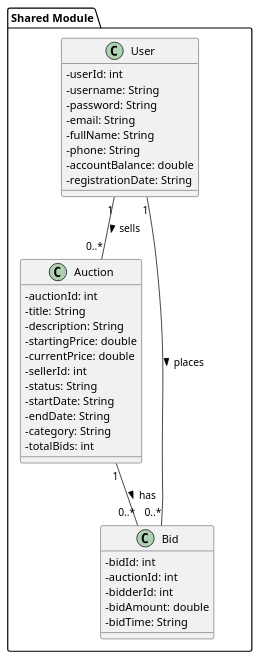
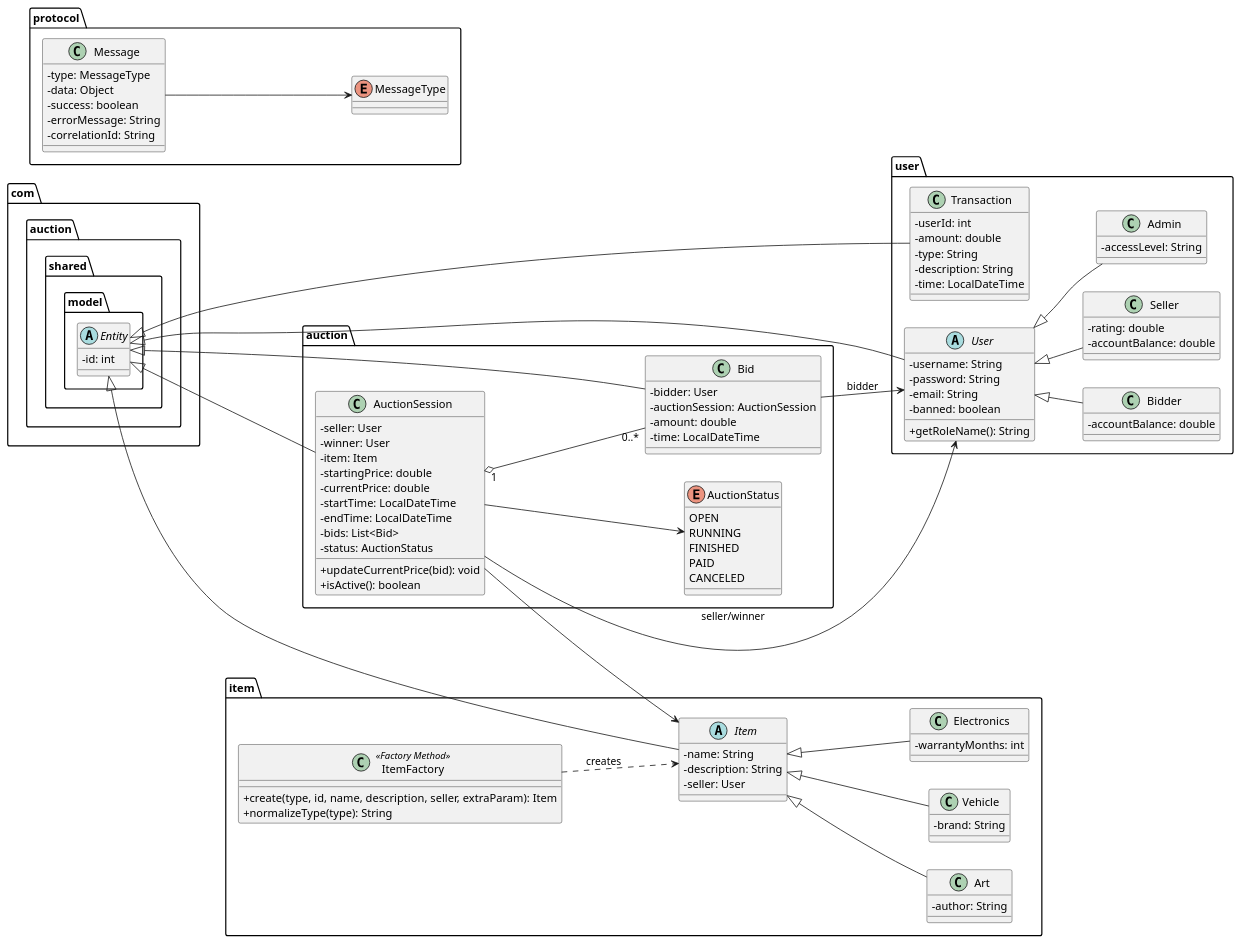
Before and after one commit to duydo11/auction-system-cua-hai-giang-duy-va-beo: the diagram in docs/diagrams/class_shared.puml, drawn with PlantUML. The commit also changed 24 other files, not shown here.

First line of the commit message:
docs: refresh UML diagrams to match current architecture

```diff
--- a/docs/diagrams/class_shared.puml
+++ b/docs/diagrams/class_shared.puml
@@ -1,43 +1,130 @@
 @startuml
-' Class diagram - Shared module
+' Class diagram - Shared module (current codebase)
 skinparam classAttributeIconSize 0
+left to right direction
 
-package "Shared Module" {
-  class User {
-    - userId: int
+package "com.auction.shared.model" {
+  abstract class Entity {
+    - id: int
+  }
+}
+
+package "user" {
+  abstract class User {
     - username: String
     - password: String
     - email: String
-    - fullName: String
-    - phone: String
-    - accountBalance: double
-    - registrationDate: String
+    - banned: boolean
+    + getRoleName(): String
   }
 
-  class Auction {
-    - auctionId: int
-    - title: String
+  class Bidder {
+    - accountBalance: double
+  }
+
+  class Seller {
+    - rating: double
+    - accountBalance: double
+  }
+
+  class Admin {
+    - accessLevel: String
+  }
+
+  class Transaction {
+    - userId: int
+    - amount: double
+    - type: String
     - description: String
+    - time: LocalDateTime
+  }
+}
+
+package "item" {
+  abstract class Item {
+    - name: String
+    - description: String
+    - seller: User
+  }
+
+  class Electronics {
+    - warrantyMonths: int
+  }
+
+  class Art {
+    - author: String
+  }
+
+  class Vehicle {
+    - brand: String
+  }
+
+  class ItemFactory <<Factory Method>> {
+    + create(type, id, name, description, seller, extraParam): Item
+    + normalizeType(type): String
+  }
+}
+
+package "auction" {
+  class AuctionSession {
+    - seller: User
+    - winner: User
+    - item: Item
     - startingPrice: double
     - currentPrice: double
-    - sellerId: int
-    - status: String
-    - startDate: String
-    - endDate: String
-    - category: String
-    - totalBids: int
+    - startTime: LocalDateTime
+    - endTime: LocalDateTime
+    - bids: List<Bid>
+    - status: AuctionStatus
+    + updateCurrentPrice(bid): void
+    + isActive(): boolean
   }
 
   class Bid {
-    - bidId: int
-    - auctionId: int
-    - bidderId: int
-    - bidAmount: double
-    - bidTime: String
+    - bidder: User
+    - auctionSession: AuctionSession
+    - amount: double
+    - time: LocalDateTime
   }
 
-  User "1" -- "0..*" Auction : sells >
-  Auction "1" -- "0..*" Bid : has >
-  User "1" -- "0..*" Bid : places >
+  enum AuctionStatus {
+    OPEN
+    RUNNING
+    FINISHED
+    PAID
+    CANCELED
+  }
 }
+
+package "protocol" {
+  class Message {
+    - type: MessageType
+    - data: Object
+    - success: boolean
+    - errorMessage: String
+    - correlationId: String
+  }
+
+  enum MessageType
+}
+
+Entity <|-- User
+User <|-- Bidder
+User <|-- Seller
+User <|-- Admin
+Entity <|-- Item
+Item <|-- Electronics
+Item <|-- Art
+Item <|-- Vehicle
+Entity <|-- AuctionSession
+Entity <|-- Bid
+Entity <|-- Transaction
+
+ItemFactory ..> Item : creates
+AuctionSession --> Item
+AuctionSession --> User : seller/winner
+AuctionSession "1" o-- "0..*" Bid
+Bid --> User : bidder
+AuctionSession --> AuctionStatus
+Message --> MessageType
 @enduml
```
